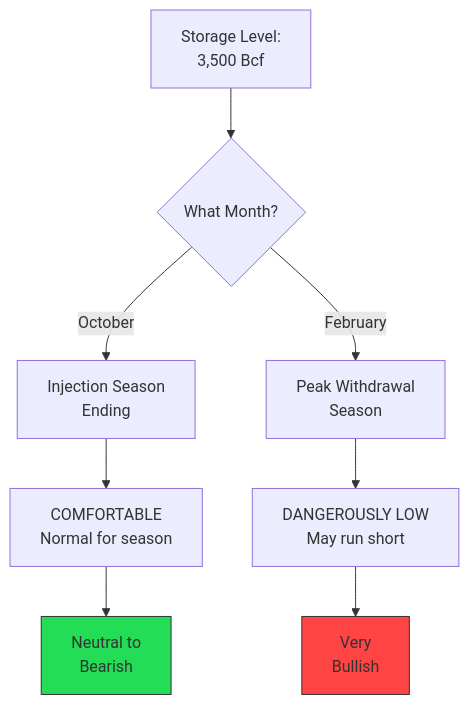
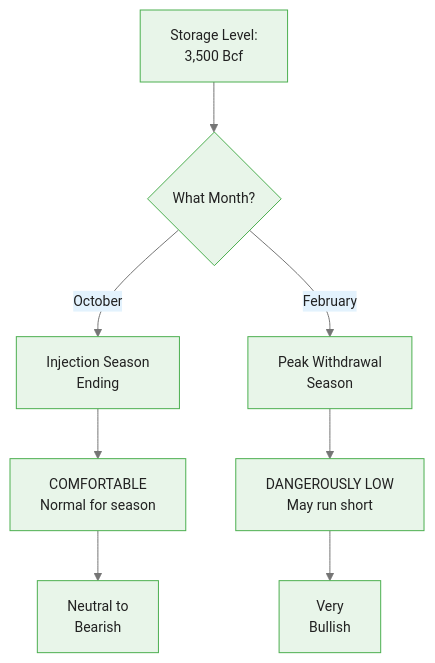
The first of 5 diagrams in courses/genai-commodities/modules/module_04_fundamentals/guides/02_storage_analysis_slides.md (m-deane/course-creator), drawn with Mermaid before and after one commit. The commit also changed other lines of this file and 84 other files, not shown here.

````diff
--- a/courses/genai-commodities/modules/module_04_fundamentals/guides/02_storage_analysis_slides.md
+++ b/courses/genai-commodities/modules/module_04_fundamentals/guides/02_storage_analysis_slides.md
@@ -24,15 +24,13 @@
 ```mermaid
+%%{init: {"theme": "base", "themeVariables": {"primaryColor": "#e8f5e9", "primaryBorderColor": "#4caf50", "primaryTextColor": "#212121", "secondaryColor": "#e3f2fd", "tertiaryColor": "#fff8e1", "lineColor": "#757575", "fontFamily": "Inter, sans-serif", "fontSize": "14px"}}}%%
 flowchart TD
     A[Storage Level:<br/>3,500 Bcf] --> B{What Month?}
     B -->|October| C[Injection Season<br/>Ending]
     B -->|February| D[Peak Withdrawal<br/>Season]
 
     C --> E[COMFORTABLE<br/>Normal for season]
     D --> F[DANGEROUSLY LOW<br/>May run short]
 
     E --> G[Neutral to<br/>Bearish]
     F --> H[Very<br/>Bullish]
-
-    style G fill:#2d5,stroke:#333
-    style H fill:#f44,stroke:#333
 ```
````
